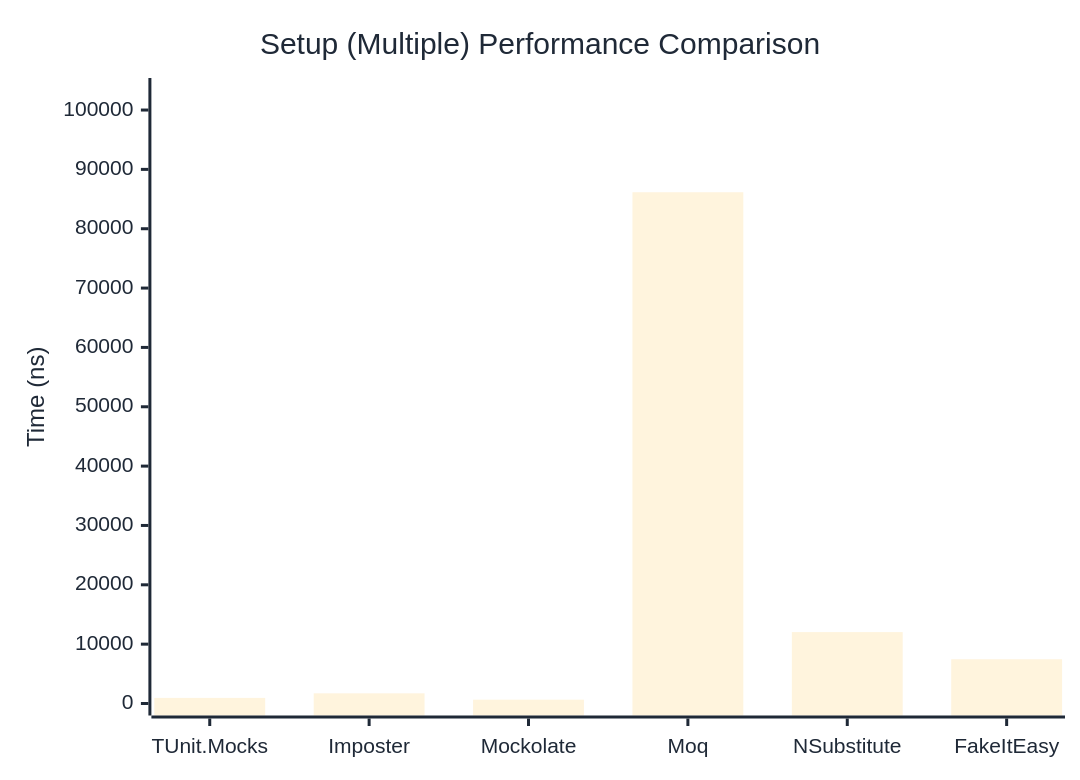
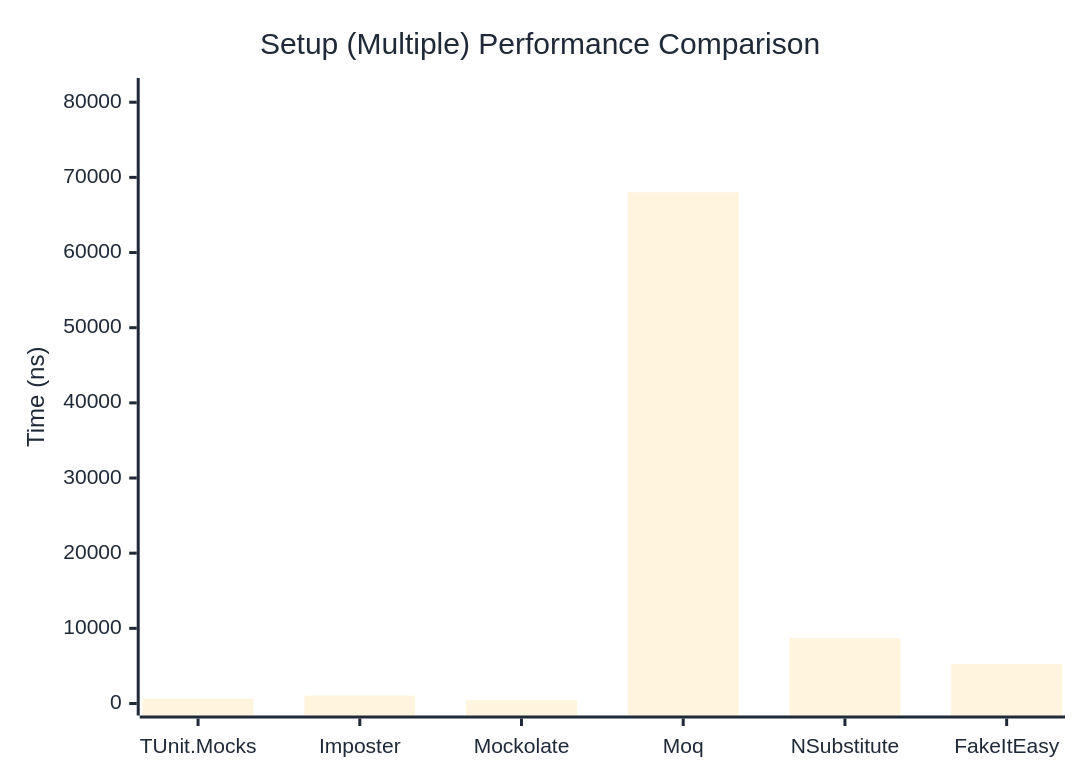
The second of 2 diagrams in docs/docs/benchmarks/mocks/Setup.md (thomhurst/TUnit), drawn with Mermaid before and after one commit. The commit also changed other lines of this file and 14 other files, not shown here.

````diff
--- a/docs/docs/benchmarks/mocks/Setup.md
+++ b/docs/docs/benchmarks/mocks/Setup.md
@@ -71,27 +71,27 @@
 ```mermaid
 %%{init: {
   'theme':'base',
   'themeVariables': {
     'primaryColor': '#2563eb',
     'primaryTextColor': '#1f2937',
     'primaryBorderColor': '#1e40af',
     'lineColor': '#6b7280',
     'secondaryColor': '#7c3aed',
     'tertiaryColor': '#dc2626',
     'background': '#ffffff',
     'pie1': '#2563eb',
     'pie2': '#7c3aed',
     'pie3': '#dc2626',
     'pie4': '#f59e0b',
     'pie5': '#10b981',
     'pie6': '#06b6d4',
     'pie7': '#ec4899',
     'pie8': '#6366f1'
   }
 }}%%
 xychart-beta
   title "Setup (Multiple) Performance Comparison"
   x-axis ["TUnit.Mocks", "Imposter", "Mockolate", "Moq", "NSubstitute", "FakeItEasy"]
-  y-axis "Time (ns)" 0 --> 103376
-  bar [940.3, 1714.5, 644.5, 86146.4, 12029.1, 7456.2]
+  y-axis "Time (ns)" 0 --> 81627
+  bar [648.3, 1050.6, 433.1, 68022.5, 8719.2, 5270.8]
 ```
````
